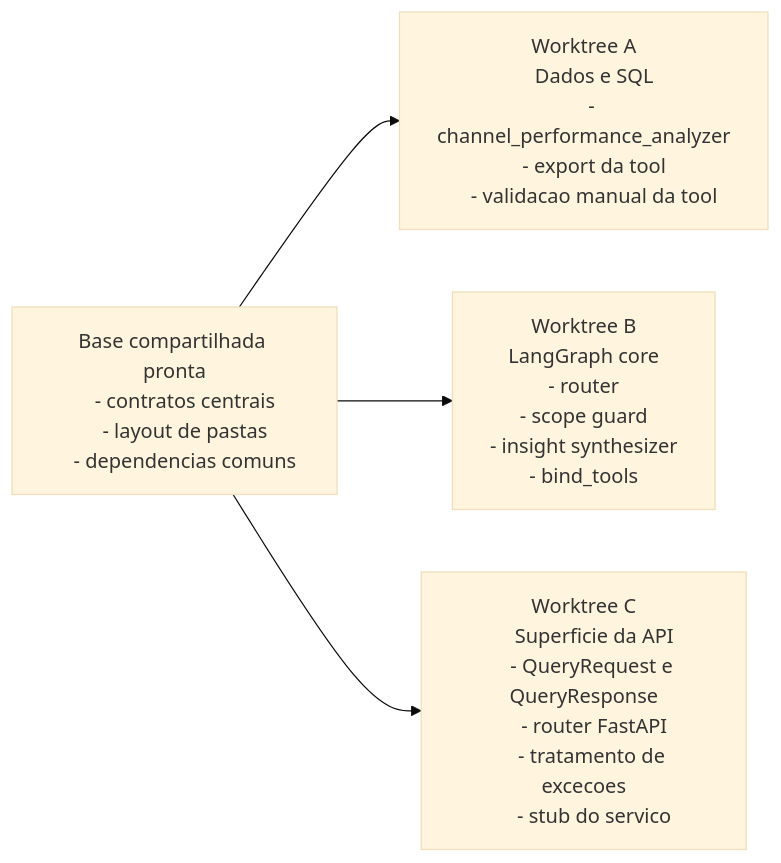
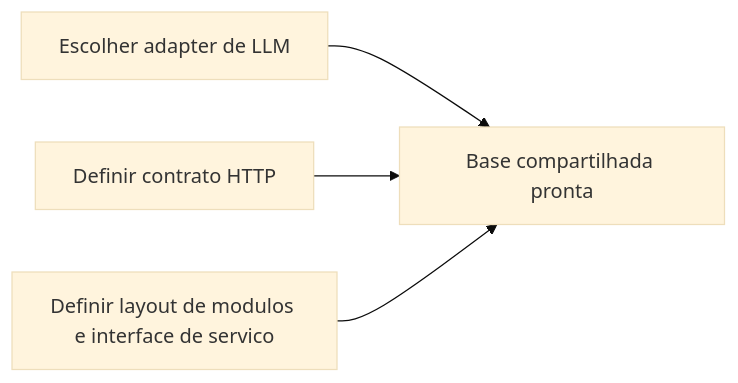
Before and after one commit to Gabriel-Fachini/media-traffic-ai-analyst: the first of 6 diagrams in .specs/parallelization-flows.md, drawn with Mermaid (base theme). The commit also changed other lines of this file and 2 other files, not shown here.

Commit message:
Add channel performance analyzer and update parallelism docs

````diff
--- a/.specs/parallelization-flows.md
+++ b/.specs/parallelization-flows.md
@@ -7,25 +18,6 @@
 ```mermaid
 flowchart LR
-    Base["Base compartilhada pronta
-    - contratos centrais
-    - layout de pastas
-    - dependencias comuns"] --> SQL["Worktree A
-    Dados e SQL
-    - channel_performance_analyzer
-    - export da tool
-    - validacao manual da tool"]
-
-    Base --> Graph["Worktree B
-    LangGraph core
-    - router
-    - scope guard
-    - insight synthesizer
-    - bind_tools"]
-
-    Base --> API["Worktree C
-    Superficie da API
-    - QueryRequest e QueryResponse
-    - router FastAPI
-    - tratamento de excecoes
-    - stub do servico"]
+    BaseA["Escolher adapter de LLM"] --> BaseD["Base compartilhada pronta"]
+    BaseB["Definir contrato HTTP"] --> BaseD
+    BaseC["Definir layout de modulos e interface de servico"] --> BaseD
 ```
````
